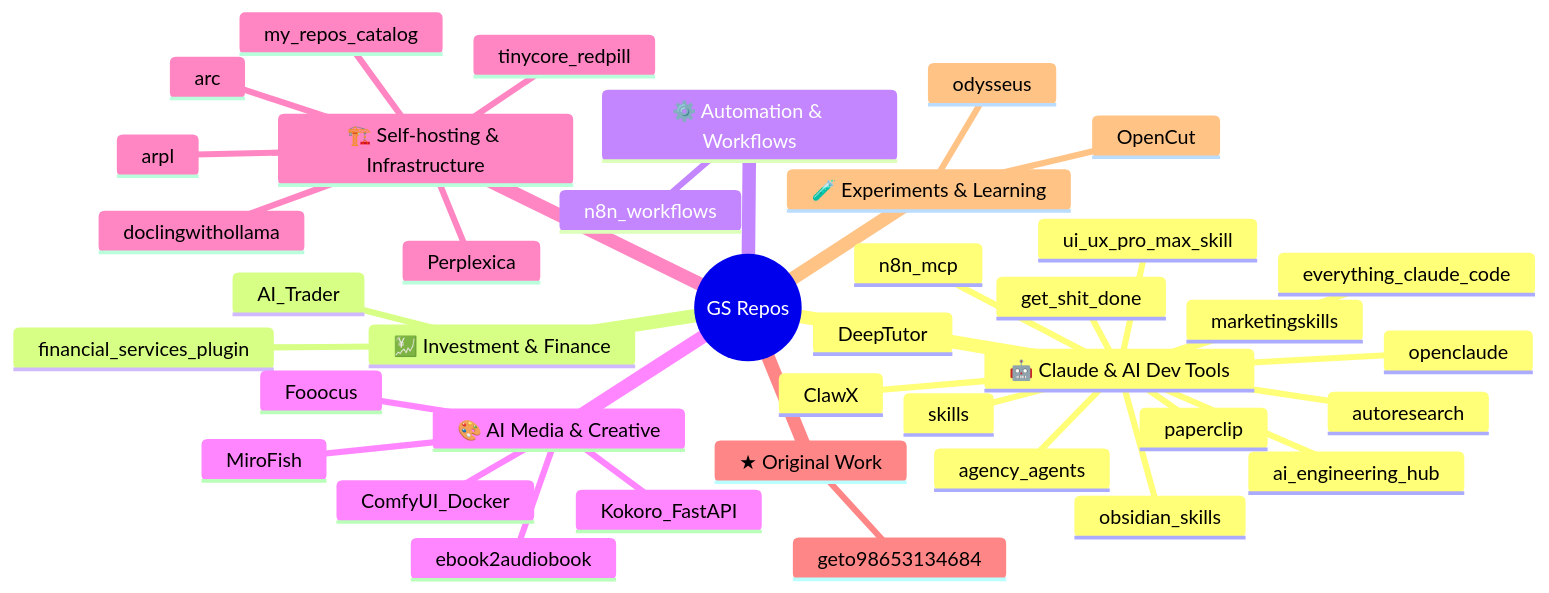
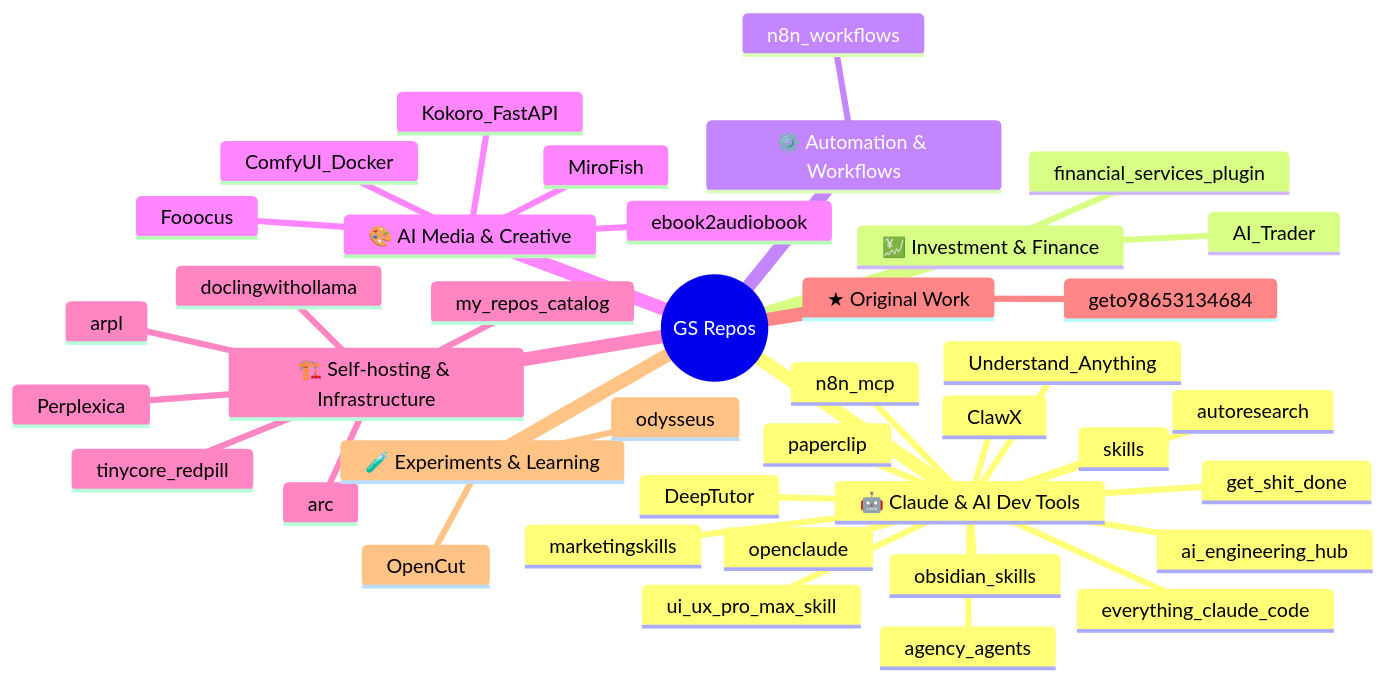
Before and after one commit to geto98653134684/my-repos-catalog: the diagram in README.md, drawn with Mermaid. The commit also changed other lines of this file and 1 other file, not shown here.

````diff
--- a/README.md
+++ b/README.md
@@ -15,42 +15,43 @@
 ```mermaid
 mindmap
   root((GS Repos))
     🤖 Claude & AI Dev Tools
+      Understand_Anything
       openclaude
       skills
       DeepTutor
       get_shit_done
       n8n_mcp
       everything_claude_code
       marketingskills
       ai_engineering_hub
       ClawX
       agency_agents
       paperclip
       autoresearch
       ui_ux_pro_max_skill
       obsidian_skills
     💹 Investment & Finance
       AI_Trader
       financial_services_plugin
     ⚙️ Automation & Workflows
       n8n_workflows
     🎨 AI Media & Creative
       MiroFish
       ComfyUI_Docker
       Kokoro_FastAPI
       Fooocus
       ebook2audiobook
     🏗️ Self-hosting & Infrastructure
       my_repos_catalog
       Perplexica
       arc
       doclingwithollama
       arpl
       tinycore_redpill
     ★ Original Work
       geto98653134684
     🧪 Experiments & Learning
       odysseus
       OpenCut
 ```
````
